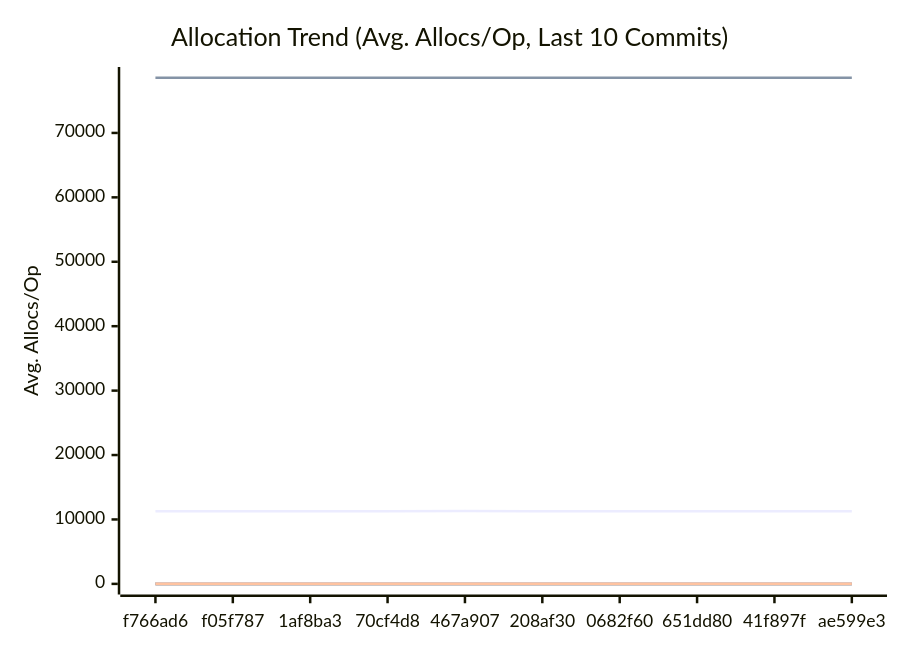
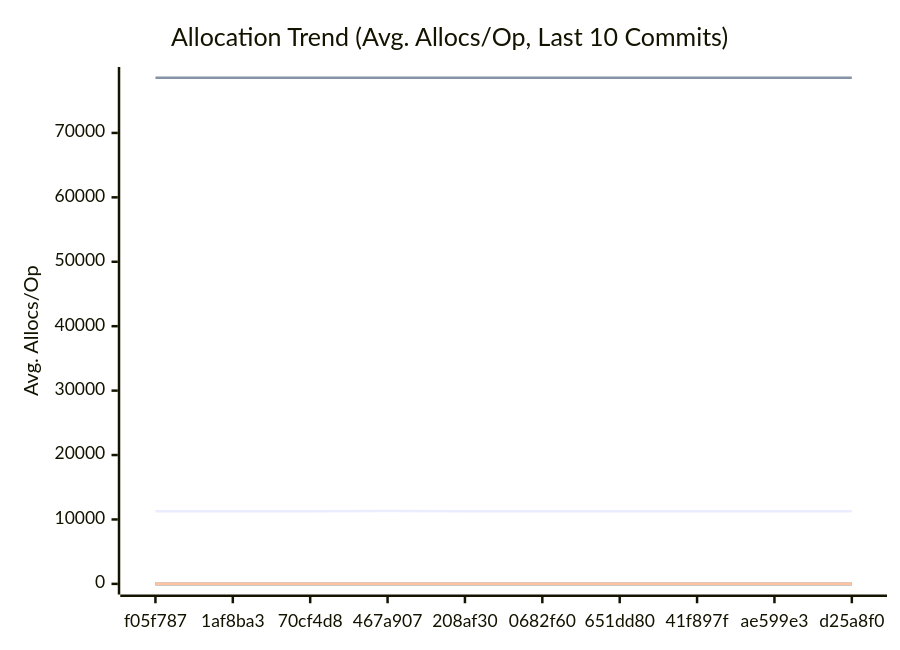
One commit to alsotoes/momo changed the third of 3 diagrams in docs/PERFORMANCE.md. Above: the diagram before and after it, drawn with Mermaid. The commit also changed other lines of this file and 4 other files, not shown here.

````diff
--- a/docs/PERFORMANCE.md
+++ b/docs/PERFORMANCE.md
@@ -197,20 +197,20 @@
 ```mermaid
 xychart-beta
     title "Allocation Trend (Avg. Allocs/Op, Last 10 Commits)"
     x-axis "Commit"
     y-axis "Avg. Allocs/Op"
-    x-axis [f766ad6,f05f787,1af8ba3,70cf4d8,467a907,208af30,0682f60,651dd80,41f897f,ae599e3]
-    line "AWSChunkedReaderSigned" [11281,11276,11279,11278,11297,11285,11285,11290,11275,11278]
-    line "AWSChunkedReaderUnsigned" [78565,78564,78575,78573,78574,78586,78562,78583,78570,78570]
+    x-axis [f05f787,1af8ba3,70cf4d8,467a907,208af30,0682f60,651dd80,41f897f,ae599e3,d25a8f0]
+    line "AWSChunkedReaderSigned" [11276,11279,11278,11297,11285,11285,11290,11275,11278,11276]
+    line "AWSChunkedReaderUnsigned" [78564,78575,78573,78574,78586,78562,78583,78570,78570,78570]
     line "CheckMetricsAndSwap" [0,0,0,0,0,0,0,0,0,0]
     line "CrushOptimized" [0,0,0,0,0,0,0,0,0,0]
     line "CrushOriginal" [3,3,3,3,3,3,3,3,3,3]
     line "IndexDirectTracking" [0,0,0,0,0,0,0,0,0,0]
     line "IndexSearch" [0,0,0,0,0,0,0,0,0,0]
     line "LoadGlobalConfig" [54,54,54,54,54,54,54,54,54,54]
     line "PadString" [1,1,1,1,1,1,1,1,1,1]
     line "ParseReplicationOrder_NoPrealloc" [6,6,6,6,6,5,5,5,5,5]
     line "ParseReplicationOrder_Prealloc" [2,2,2,2,2,1,1,1,1,1]
     line "SanitizeLog/Safe" [0,0,0,0,0,0,0,0,0,0]
     line "SanitizeLog/Unsafe" [1,1,1,1,1,1,1,1,1,1]
 ```
````
